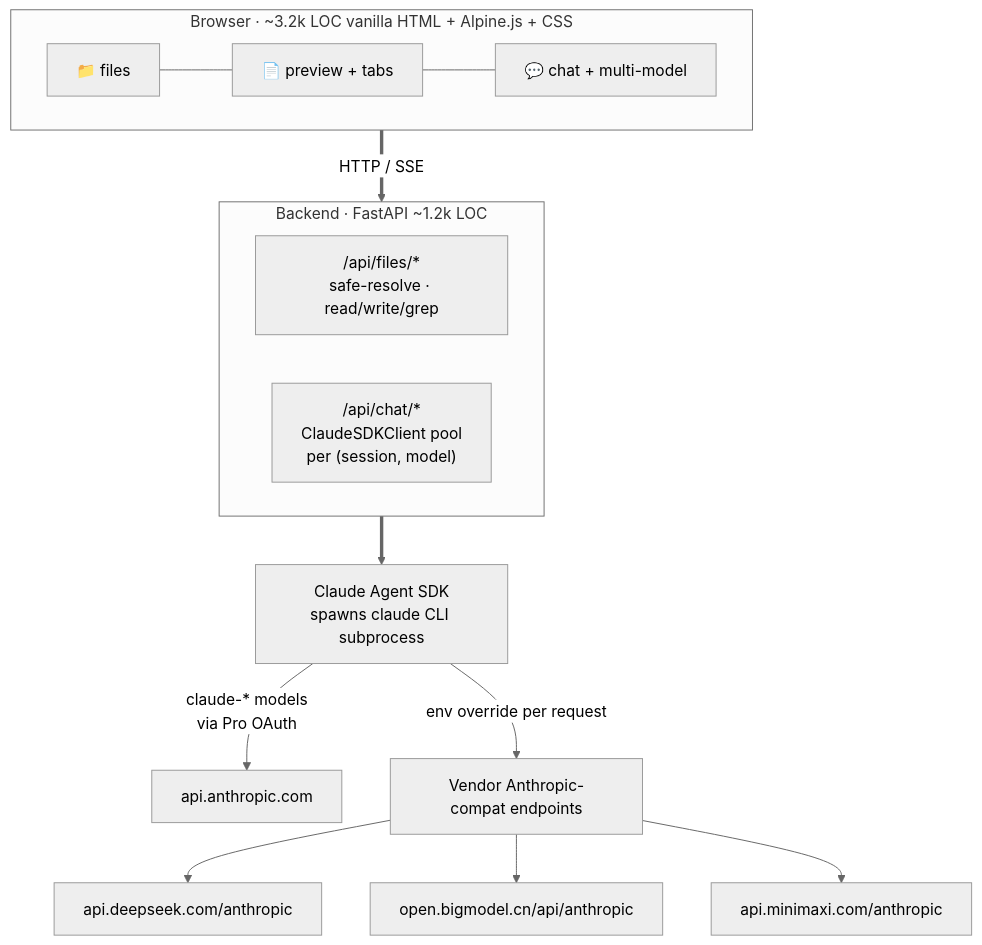
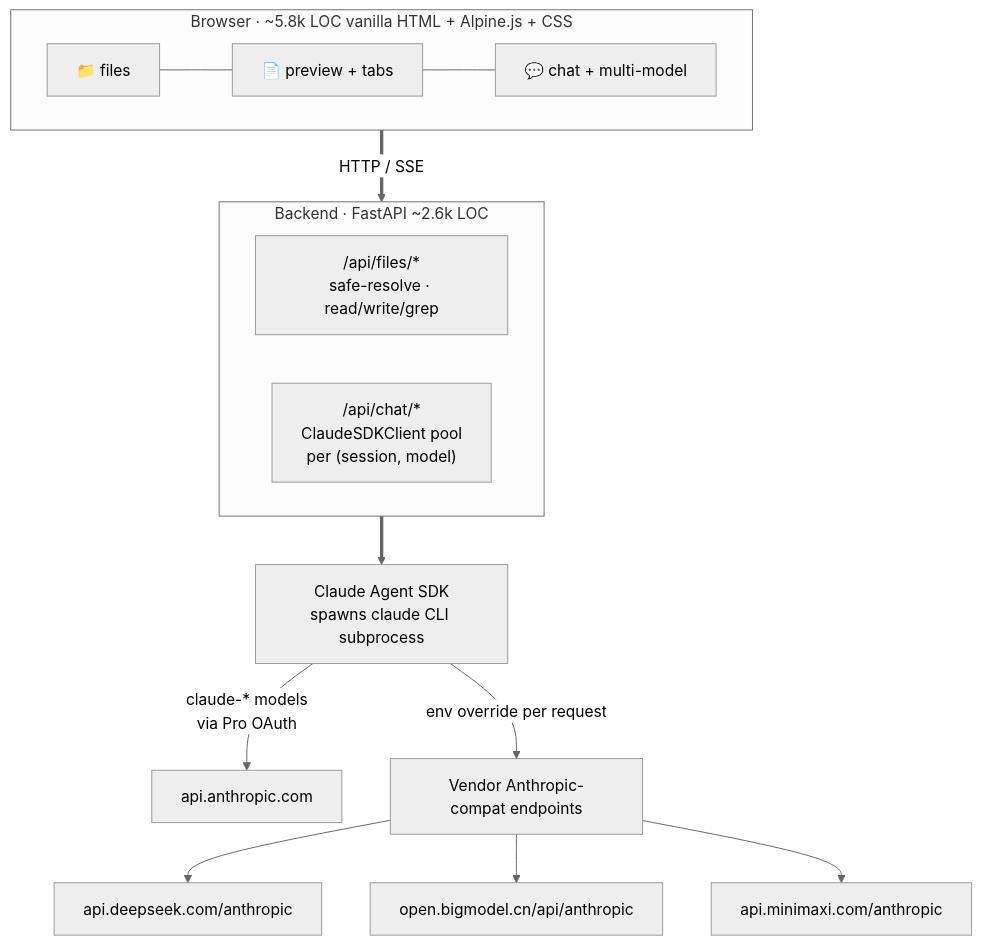
Before and after one commit to hesorchen/muselab: the diagram in README.md, drawn with Mermaid (neutral theme). The commit also changed other lines of this file and 1 other file, not shown here.

Commit message:
README: accurate line counts (8k not 4.4k) + formal tone pass
Two fixes:

1. **Line counts were stale**. Actual current counts:
   - Backend Python: 2,612 lines (README claimed ~1.2k)
   - Frontend HTML: 1,069
   - Frontend JS: 2,923
   - Frontend CSS: 1,824
   - Frontend total: ~5.8k (claimed ~3.2k)
   - Combined: ~8k (claimed ~4.4k)
   Updated bullets, comparison-table cell, and the architecture mermaid
   diagram subgraph labels.

2. **Chinese README tone pass**. Removed colloquial / sales-y phrasings
   that didn't match the technical content's register:
   - "不至于让你懵" → 保留"会显示提示"事实陈述
   - "搞不定" / "懂的人" / 各种感叹号 → 平铺陈述
   - "一晚读完" → "可在一个晚上读完"
   - Section headers normalized: "适不适合我" → "适用判断";
     "用哪个模型" → "模型支持"; "跟同类怎么比" → "与同类对比";
     "一天里怎么用" → "典型使用场景"
   - "没什么可压缩" / "看你自己" 等口语化短语全部改为正式表达
   - 保留"见见 Muse" 叙事钩子作为 H3 副标题（这是有意识的友好语气）
   English README was already in formal tone; only line counts updated.

````diff
--- a/README.md
+++ b/README.md
@@ -299,17 +299,17 @@
 ```mermaid
 flowchart TB
-  subgraph Browser["Browser · ~3.2k LOC vanilla HTML + Alpine.js + CSS"]
+  subgraph Browser["Browser · ~5.8k LOC vanilla HTML + Alpine.js + CSS"]
     F[📁 files] --- P[📄 preview + tabs] --- C[💬 chat + multi-model]
   end
   Browser ==>|HTTP / SSE| BE
-  subgraph BE["Backend · FastAPI ~1.2k LOC"]
+  subgraph BE["Backend · FastAPI ~2.6k LOC"]
     A["/api/files/*<br/>safe-resolve · read/write/grep"]
     B["/api/chat/*<br/>ClaudeSDKClient pool<br/>per (session, model)"]
   end
   BE ==> SDK[Claude Agent SDK<br/>spawns claude CLI subprocess]
   SDK -->|claude-* models<br/>via Pro OAuth| AN[api.anthropic.com]
   SDK -->|env override per request| V[Vendor Anthropic-compat endpoints]
   V --> DS[api.deepseek.com/anthropic]
   V --> GL[open.bigmodel.cn/api/anthropic]
   V --> MM[api.minimaxi.com/anthropic]
 ```
````
